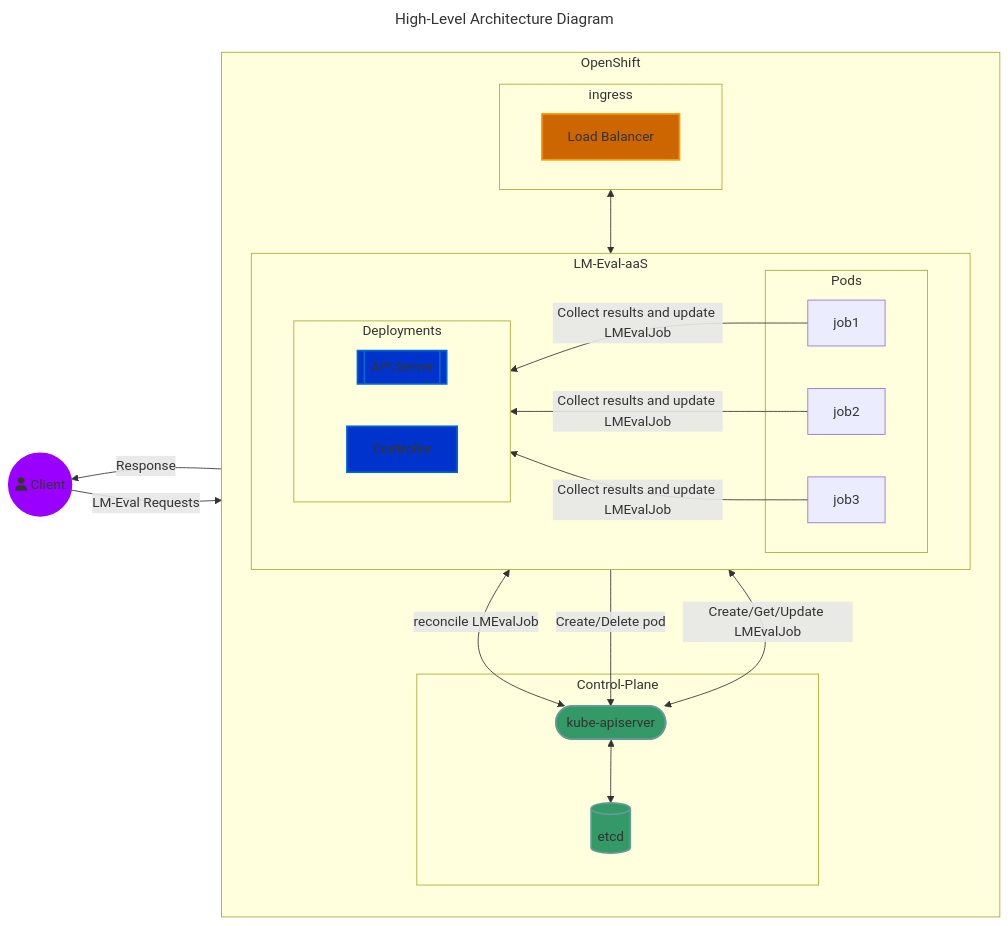
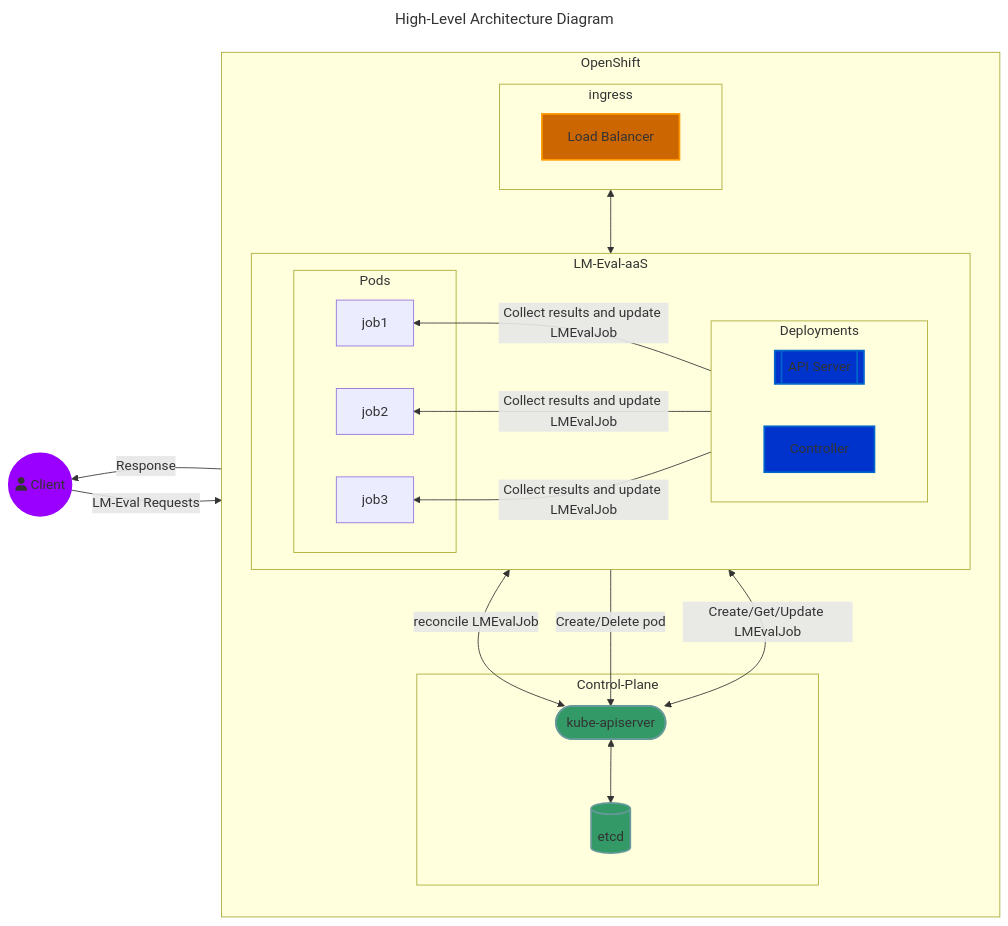
Before and after one commit to foundation-model-stack/fms-lm-eval-service: the first of 2 diagrams in backend/README.md, drawn with Mermaid.

````diff
--- a/backend/README.md
+++ b/backend/README.md
@@ -20,44 +20,44 @@
 ```mermaid
 ---
 title: High-Level Architecture Diagram
 ---
 flowchart RL
     A((fa:fa-user Client))
     classDef client fill:#9900ff,stroke:#9900ff,stroke-width:2px
     A:::client --> |LM-Eval Requests| OpenShift
     OpenShift --> |Response| A
     subgraph OpenShift
         direction TB
         subgraph ingress
             direction LR
             B[Load Balancer]
             classDef ocingress fill:#cc6600,stroke:#ff9900,stroke-width:2px
         end
         B:::ocingress <--> C
         subgraph LM-Eval-aaS
             direction RL
             subgraph Deployments
                 direction LR
                 C[[API Server]]
                 D[Controller]
                 classDef deploy fill:#0033cc,stroke:#0066cc,stroke-width:2px
             end
             subgraph Pods
                 G1[job1]
                 G2[job2]
                 G3[job3]
                 classDef pod fill:#990000,stroke:#990000,stroke-width:2px
             end
         end
         subgraph Control-Plane
             E[(etcd)]
             F([kube-apiserver])
             classDef control fill:#339966,stroke:#669999,stroke-width:2px
         end
         D:::deploy <--> |reconcile LMEvalJob| F:::control
         D --> |Create/Delete pod| F:::control
         C:::deploy <--> |Create/Get/Update LMEvalJob| F
-        G1 & G2 & G3 --> |Collect results and update LMEvalJob| D
+        D --> |Collect results and update LMEvalJob| G1 & G2 & G3
         F <--> E:::control
     end
 ```
````
